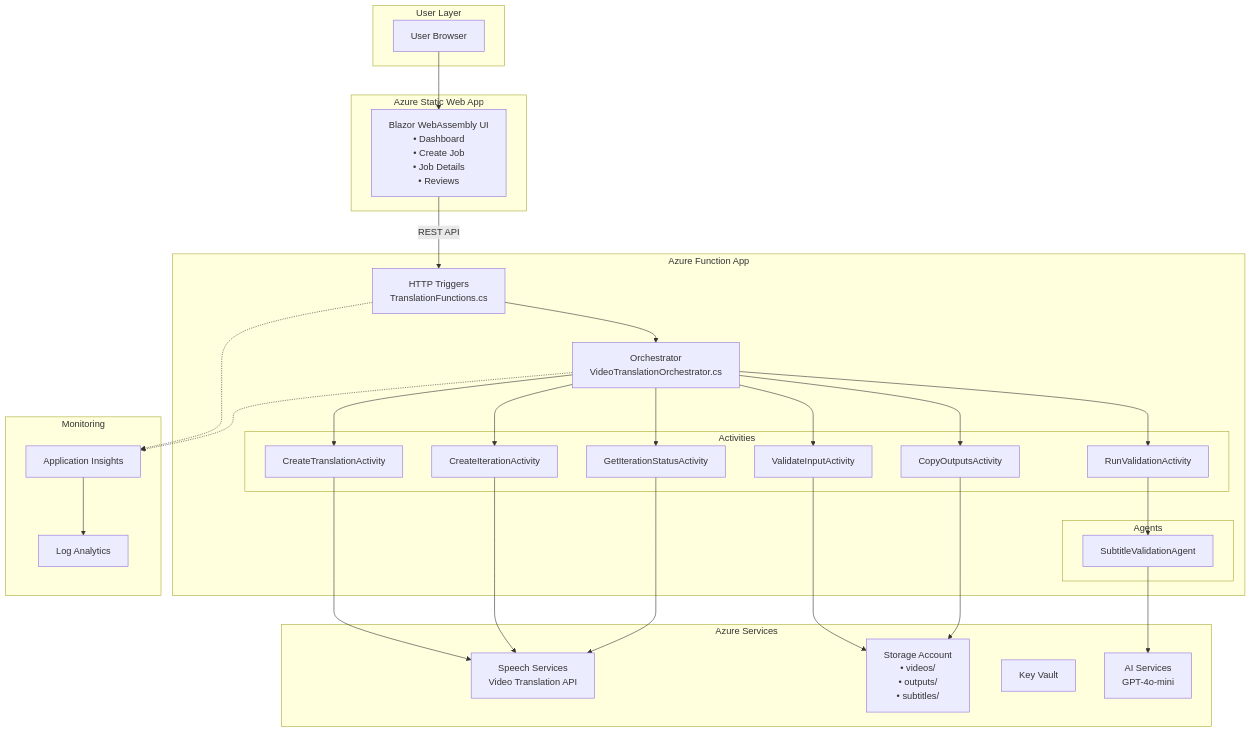
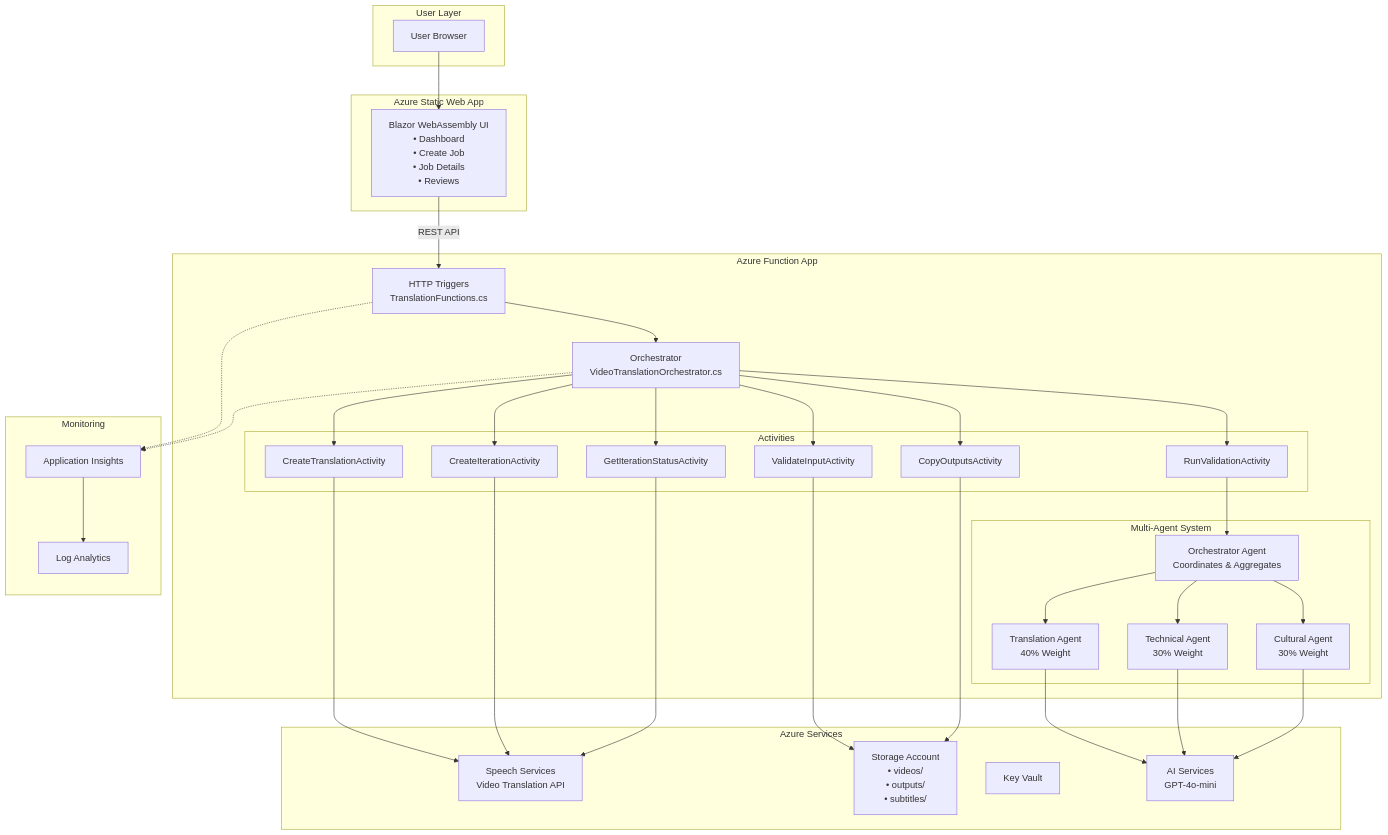
Before and after one commit to haslam93/FY26AMA-Capstone-AI-Video-Translation: the first of 15 diagrams in docs/architecture.md, drawn with Mermaid. The commit also changed other lines of this file and 19 other files, not shown here.

````diff
--- a/docs/architecture.md
+++ b/docs/architecture.md
@@ -43,62 +43,70 @@
 ```mermaid
 graph TB
     subgraph "User Layer"
         Browser[User Browser]
     end
 
     subgraph "Azure Static Web App"
         BlazorUI[Blazor WebAssembly UI<br/>• Dashboard<br/>• Create Job<br/>• Job Details<br/>• Reviews]
     end
 
     subgraph "Azure Function App"
         HTTP[HTTP Triggers<br/>TranslationFunctions.cs]
         Orch[Orchestrator<br/>VideoTranslationOrchestrator.cs]
         
         subgraph "Activities"
             A1[ValidateInputActivity]
             A2[CreateTranslationActivity]
             A3[CreateIterationActivity]
             A4[GetIterationStatusActivity]
             A5[CopyOutputsActivity]
             A6[RunValidationActivity]
         end
         
-        subgraph "Agents"
-            Agent[SubtitleValidationAgent]
+        subgraph "Multi-Agent System"
+            ORCH_AGENT[Orchestrator Agent<br/>Coordinates & Aggregates]
+            TRANS_AGENT[Translation Agent<br/>40% Weight]
+            TECH_AGENT[Technical Agent<br/>30% Weight]
+            CULT_AGENT[Cultural Agent<br/>30% Weight]
         end
     end
 
     subgraph "Azure Services"
         Speech[Speech Services<br/>Video Translation API]
         Storage[Storage Account<br/>• videos/<br/>• outputs/<br/>• subtitles/]
         KV[Key Vault]
         AI[AI Services<br/>GPT-4o-mini]
     end
 
     subgraph "Monitoring"
         AppIns[Application Insights]
         LogAna[Log Analytics]
     end
 
     Browser --> BlazorUI
     BlazorUI -->|REST API| HTTP
     HTTP --> Orch
     Orch --> A1
     Orch --> A2
     Orch --> A3
     Orch --> A4
     Orch --> A5
     Orch --> A6
-    A6 --> Agent
-    Agent --> AI
+    A6 --> ORCH_AGENT
+    ORCH_AGENT --> TRANS_AGENT
+    ORCH_AGENT --> TECH_AGENT
+    ORCH_AGENT --> CULT_AGENT
+    TRANS_AGENT --> AI
+    TECH_AGENT --> AI
+    CULT_AGENT --> AI
     
     A1 --> Storage
     A2 --> Speech
     A3 --> Speech
     A4 --> Speech
     A5 --> Storage
     
     HTTP -.-> AppIns
     Orch -.-> AppIns
     AppIns --> LogAna
 ```
````
